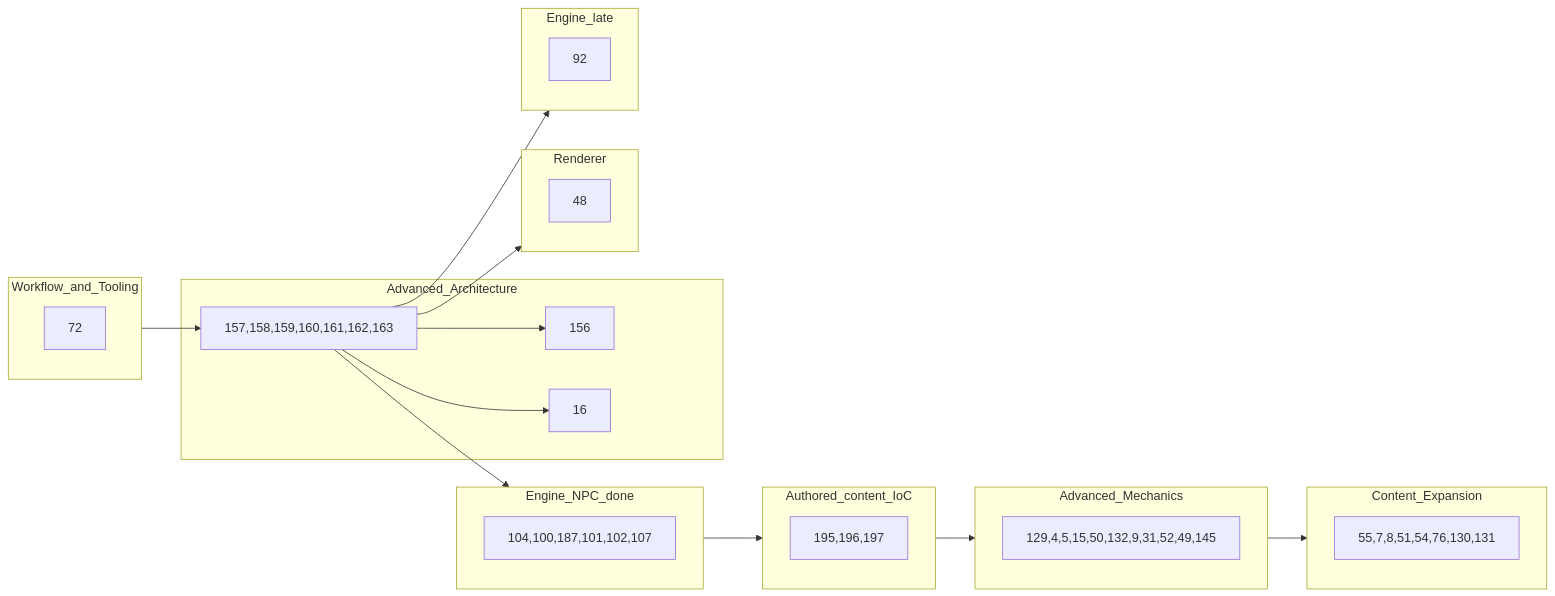
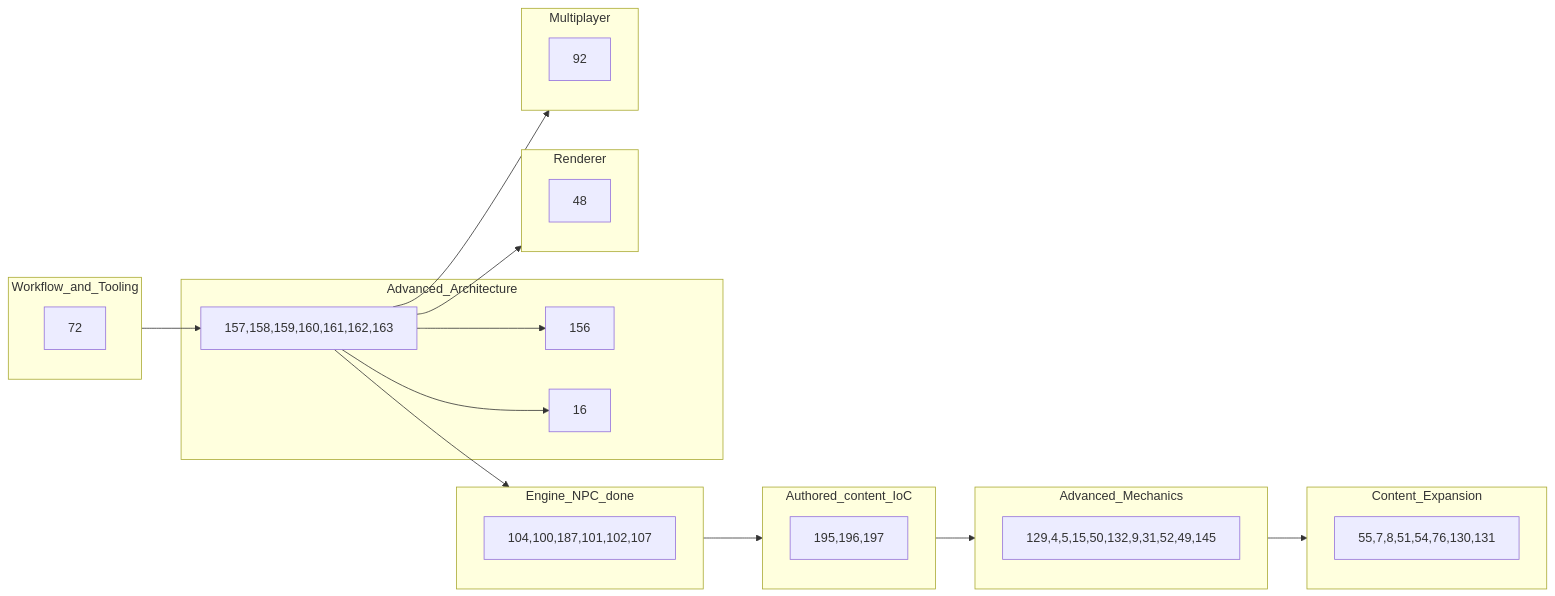
Before and after one commit to ianmays/dosmud: the diagram in DEV_PLAN.md, drawn with Mermaid. The commit also changed other lines of this file, not shown here.

First line of the commit message:
add milestone 11 multiplayer section to DEV_PLAN

````diff
--- a/DEV_PLAN.md
+++ b/DEV_PLAN.md
@@ -44,38 +44,38 @@
 ```mermaid
 flowchart LR
   subgraph m4 [Workflow_and_Tooling]
     M4["72"]
   end
   subgraph m5 [Advanced_Architecture]
     M5chain["157,158,159,160,161,162,163"]
     M5adj["156"]
     M5late["16"]
   end
   subgraph m9a [Engine_NPC_done]
     M9a["104,100,187,101,102,107"]
   end
   subgraph m10 [Authored_content_IoC]
     M10["195,196,197"]
   end
   subgraph m8 [Advanced_Mechanics]
     M8["129,4,5,15,50,132,9,31,52,49,145"]
   end
   subgraph m6 [Content_Expansion]
     M6["55,7,8,51,54,76,130,131"]
   end
   subgraph m7 [Renderer]
     M7["48"]
   end
-  subgraph m9b [Engine_late]
-    M9b["92"]
+  subgraph m11 [Multiplayer]
+    M11["92"]
   end
   m4 --> M5chain
   M5chain --> M5adj
   M5chain --> M5late
   M5chain --> m9a
   m9a --> m10
   m10 --> m8
   m8 --> m6
   M5chain --> m7
-  M5chain --> m9b
+  M5chain --> m11
 ```
````
